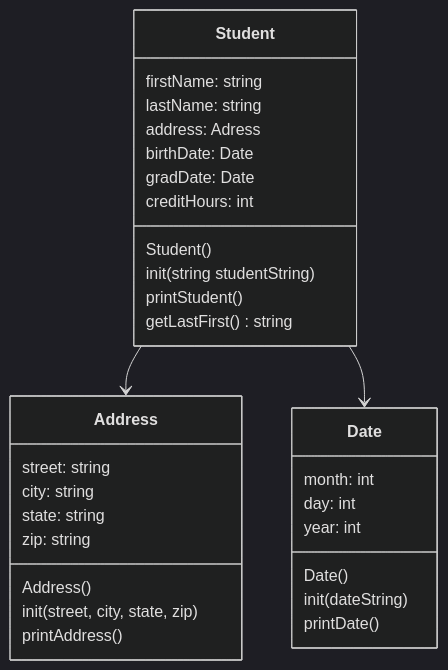
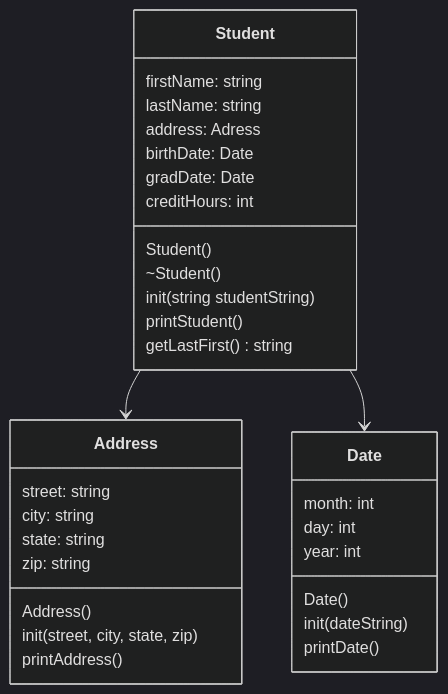
One commit to dremartins101/heapofstudents2 changed the diagram in README.md. Above: the diagram before and after it, drawn with Mermaid (dark theme). The commit also changed other lines of this file and 1 other file, not shown here.

````diff
--- a/README.md
+++ b/README.md
@@ -5,40 +5,41 @@
 ```mermaid
 
 classDiagram
 
 class Student{
     firstName: string
     lastName: string
     address: Adress
     birthDate: Date 
     gradDate: Date 
     creditHours: int
     Student()
+    ~Student()
     init(string studentString)
     printStudent()
     getLastFirst() string
 
 }
 
 class Address{
     street: string
     city: string 
     state: string
     zip: string 
     Address()
     init(street, city, state, zip)
     printAddress() 
 }
 class Date{
     month: int 
     day: int 
     year: int 
     Date()
     init(dateString) 
     printDate() 
 }
 
 Student --> Address 
 Student --> Date
 
 ```
````
